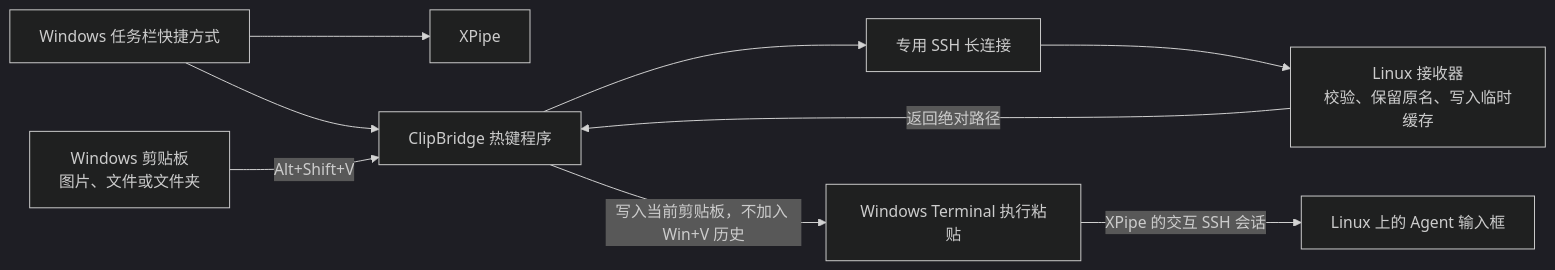
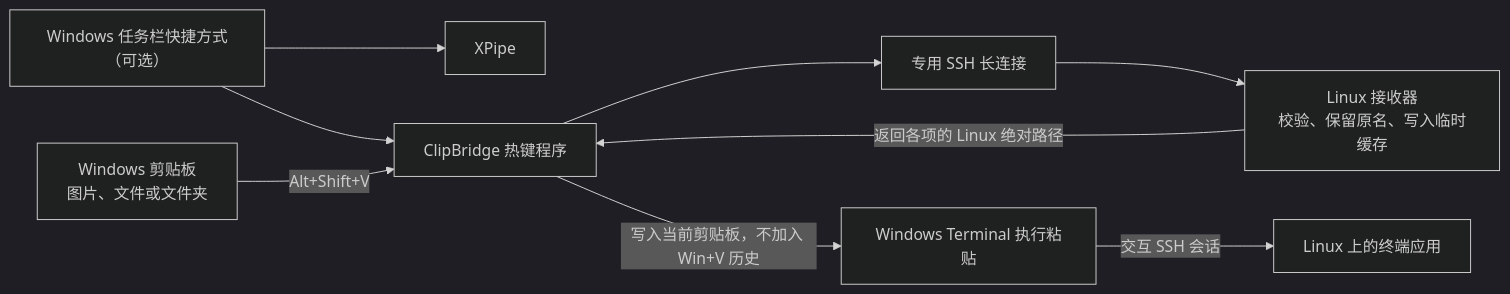
One commit to NewbieToEverything/clip-win-linux changed the diagram in README.zh.md. Above: the diagram before and after it, drawn with Mermaid (dark theme). The commit also changed other lines of this file and 1 other file, not shown here.

Commit message:
Clarify uploaded items and returned Linux paths

````diff
--- a/README.zh.md
+++ b/README.zh.md
@@ -9,11 +9,11 @@
 ```mermaid
 flowchart LR
-    P["Windows 任务栏快捷方式"] --> X["XPipe"]
+    P["Windows 任务栏快捷方式（可选）"] --> X["XPipe"]
     P --> H["ClipBridge 热键程序"]
     C["Windows 剪贴板<br/>图片、文件或文件夹"] -->|"Alt+Shift+V"| H
     H --> S["专用 SSH 长连接"]
     S --> L["Linux 接收器<br/>校验、保留原名、写入临时缓存"]
-    L -->|"返回绝对路径"| H
+    L -->|"返回各项的 Linux 绝对路径"| H
     H -->|"写入当前剪贴板，不加入 Win+V 历史"| V["Windows Terminal 执行粘贴"]
-    V -->|"XPipe 的交互 SSH 会话"| A["Linux 上的 Agent 输入框"]
+    V -->|"交互 SSH 会话"| A["Linux 上的终端应用"]
 ```
````
